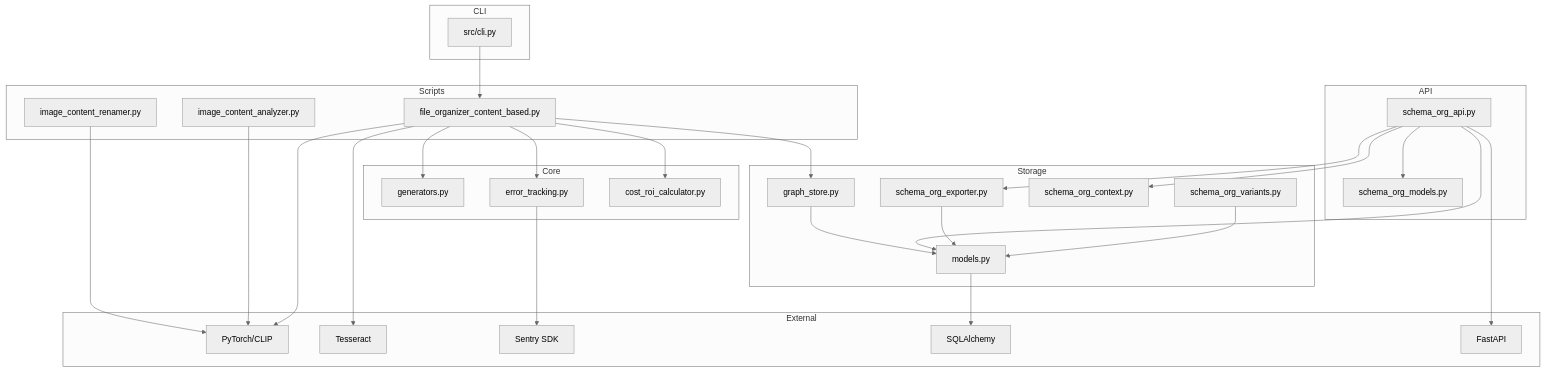
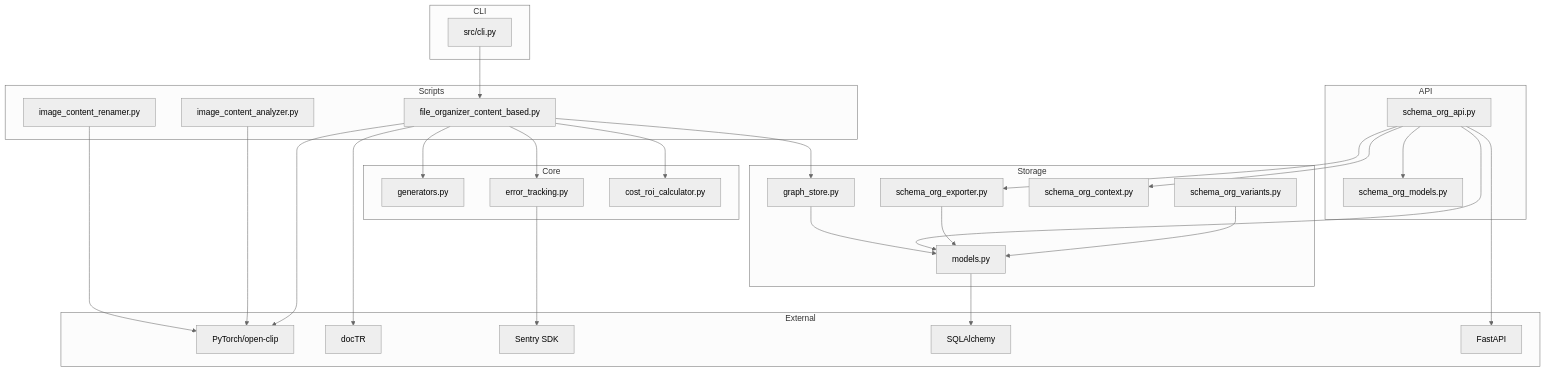
One commit to aledlie/schema-org-file-system changed the fourth of 4 diagrams in README.md. Above: the diagram before and after it, drawn with Mermaid (neutral theme). The commit also changed other lines of this file and 3 other files, not shown here.

First line of the commit message:
docs: update README, CLAUDE.md, and add unified scoring architecture docs

````diff
--- a/README.md
+++ b/README.md
@@ -299,50 +304,50 @@
 ```mermaid
 graph TB
     subgraph CLI
         cli[src/cli.py]
     end
 
     subgraph API
         soa[schema_org_api.py]
         som[schema_org_models.py]
     end
 
     subgraph Scripts
         foc[file_organizer_content_based.py]
         icr[image_content_renamer.py]
         ica[image_content_analyzer.py]
     end
 
     subgraph Core
         gen[generators.py]
         err[error_tracking.py]
         cost[cost_roi_calculator.py]
     end
 
     subgraph Storage
         gs[graph_store.py]
         models[models.py]
         exp[schema_org_exporter.py]
         ctx[schema_org_context.py]
         var[schema_org_variants.py]
     end
 
     subgraph External
-        torch[PyTorch/CLIP]
-        tess[Tesseract]
+        torch[PyTorch/open-clip]
+        doctr[docTR]
         sentry[Sentry SDK]
         sa[SQLAlchemy]
         fa[FastAPI]
     end
 
     cli --> foc
     foc --> gen & err & cost & gs
     icr & ica --> torch
     gs --> models --> sa
     err --> sentry
-    foc --> torch & tess
+    foc --> torch & doctr
     soa --> exp & ctx & models & som
     soa --> fa
     exp --> models
     var --> models
 ```
````
